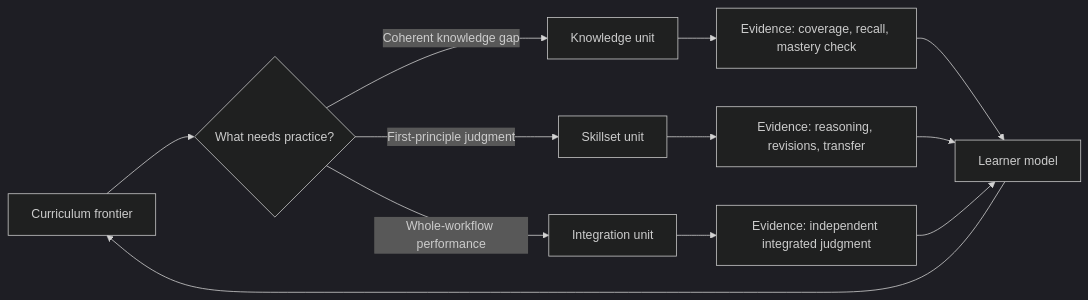
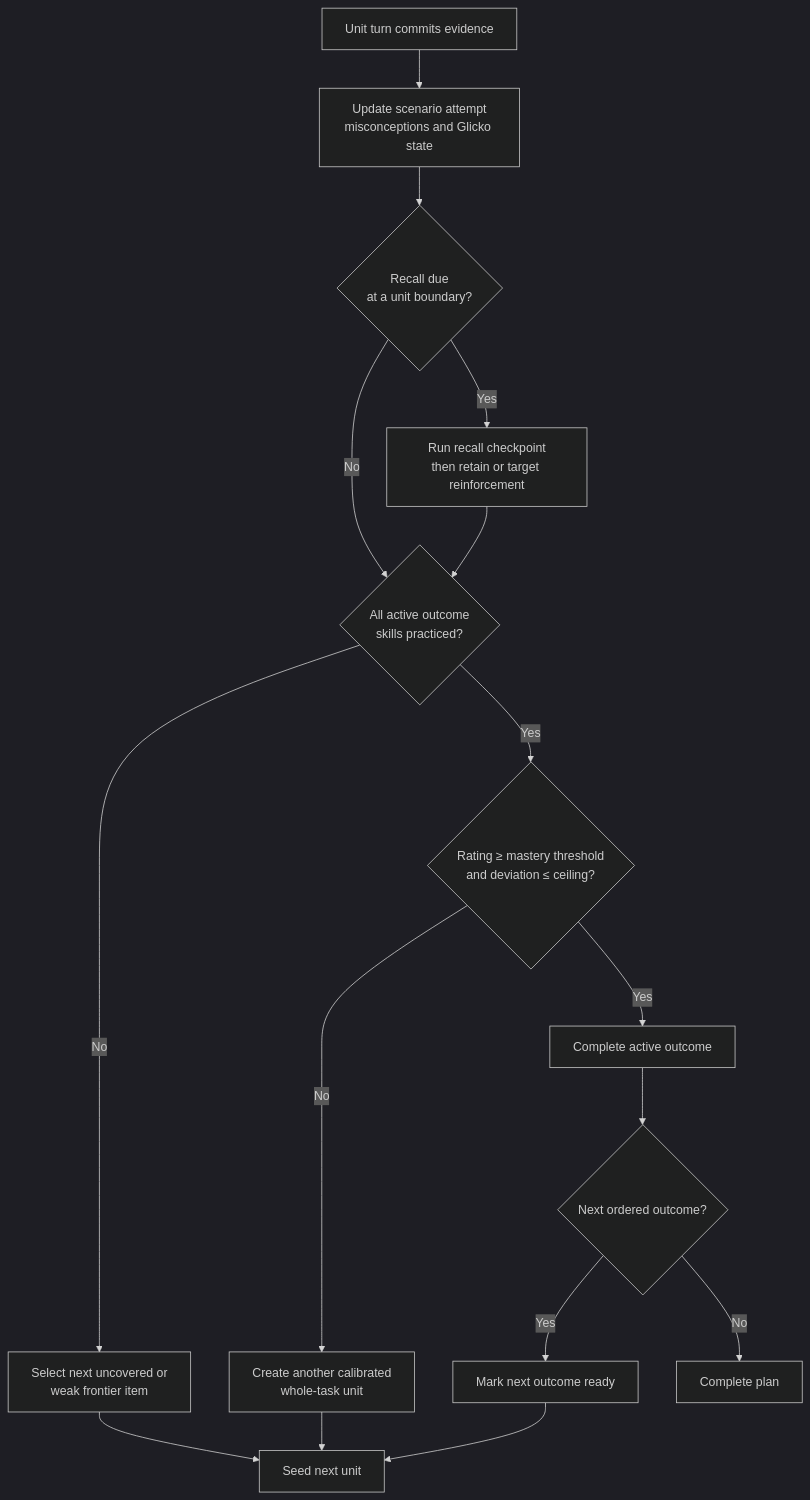
Before and after one commit to Siffrico/Breakpoint: the third of 3 diagrams in breakpoint-current.md, drawn with Mermaid (dark theme). The commit also changed other lines of this file, not shown here.

First line of the commit message:
Rewrite current learning-system architecture note

````diff
--- a/breakpoint-current.md
+++ b/breakpoint-current.md
@@ -35,14 +170,18 @@
 ```mermaid
-flowchart LR
-    A[Curriculum frontier] --> B{What needs practice?}
-    B -->|Coherent knowledge gap| C[Knowledge unit]
-    B -->|First-principle judgment| D[Skillset unit]
-    B -->|Whole-workflow performance| E[Integration unit]
-    C --> F[Evidence: coverage, recall, mastery check]
-    D --> G[Evidence: reasoning, revisions, transfer]
-    E --> H[Evidence: independent integrated judgment]
-    F --> I[Learner model]
-    G --> I
-    H --> I
-    I --> A
+flowchart TD
+    A[Unit turn commits evidence] --> B[Update scenario attempt\nmisconceptions and Glicko state]
+    B --> C{Recall due\nat a unit boundary?}
+    C -->|Yes| D[Run recall checkpoint\nthen retain or target reinforcement]
+    C -->|No| E{All active outcome\nskills practiced?}
+    D --> E
+    E -->|No| F[Select next uncovered or\nweak frontier item]
+    E -->|Yes| G{Rating ≥ mastery threshold\nand deviation ≤ ceiling?}
+    G -->|No| H[Create another calibrated\nwhole-task unit]
+    G -->|Yes| I[Complete active outcome]
+    F --> J[Seed next unit]
+    H --> J
+    I --> K{Next ordered outcome?}
+    K -->|Yes| L[Mark next outcome ready]
+    K -->|No| M[Complete plan]
+    L --> J
 ```
````
